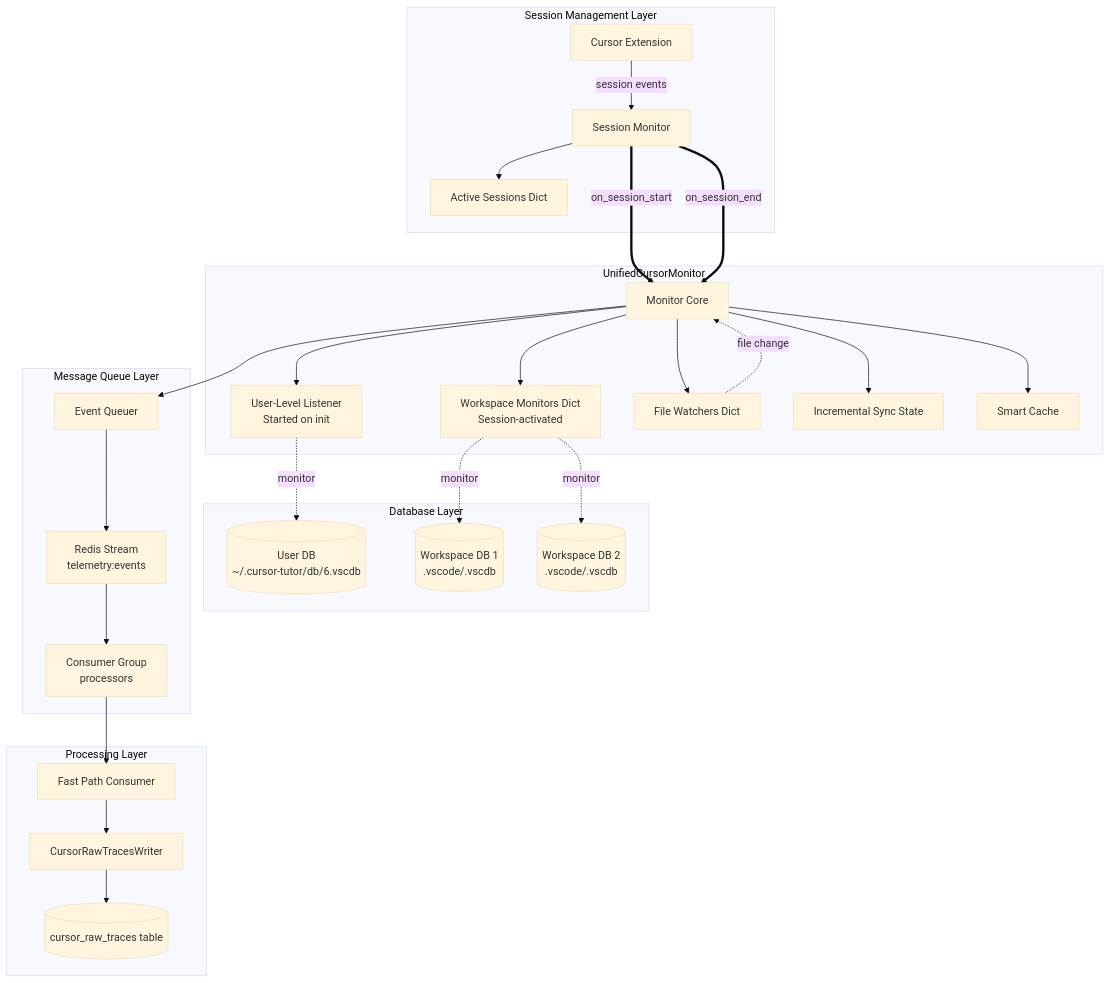
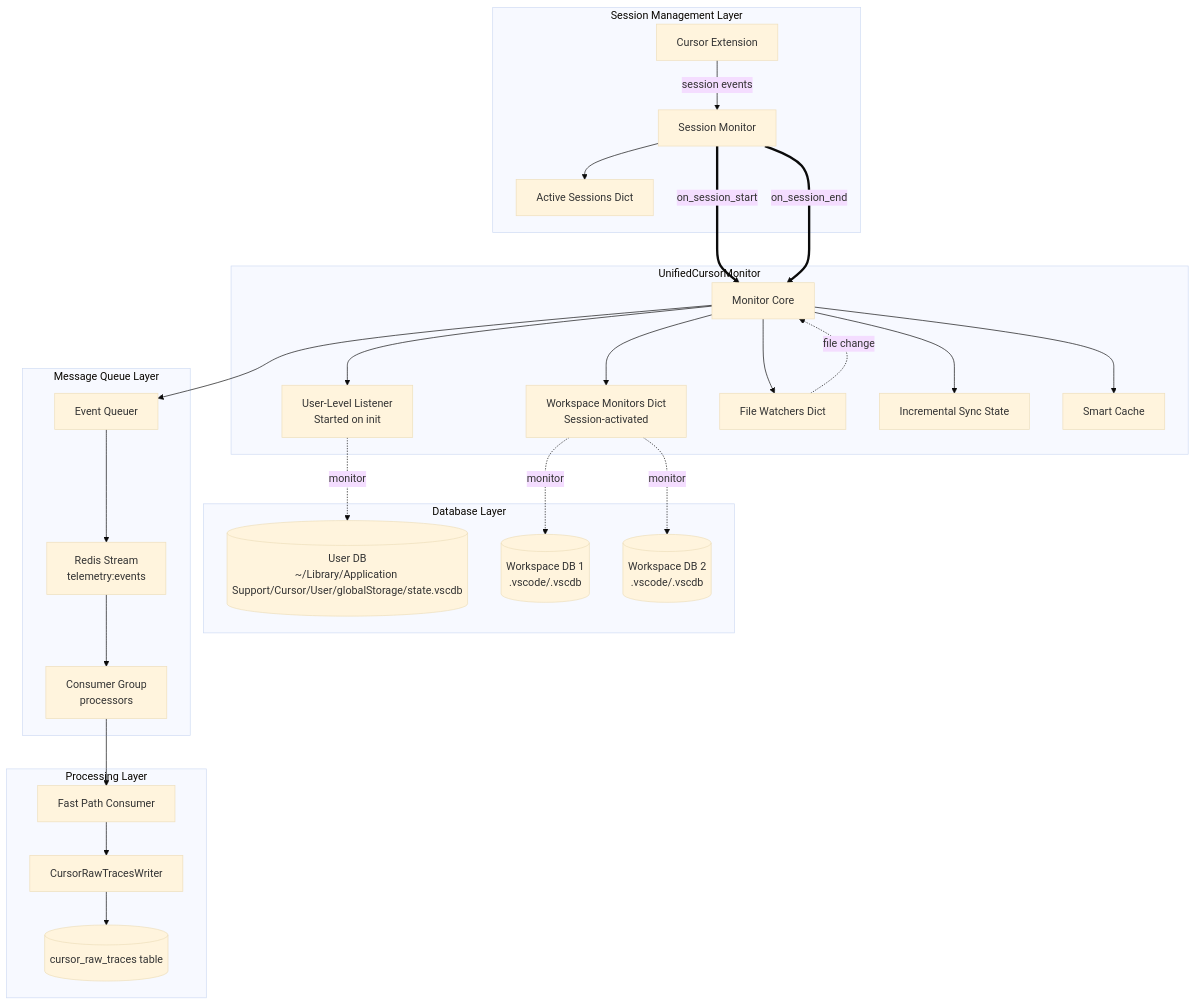
Before and after one commit to aculich/bp-telemetry-experimental: the first of 3 diagrams in docs/CURSOR_RAW_TRACES_CAPTURE.md, drawn with Mermaid (base theme). The commit also changed other lines of this file and 4 other files, not shown here.

````diff
--- a/docs/CURSOR_RAW_TRACES_CAPTURE.md
+++ b/docs/CURSOR_RAW_TRACES_CAPTURE.md
@@ -25,55 +25,55 @@
 ```mermaid
 graph TB
     subgraph "Session Management Layer"
         CE[Cursor Extension]
         SM[Session Monitor]
         AS[Active Sessions Dict]
         CE -->|session events| SM
         SM --> AS
     end
 
     subgraph "UnifiedCursorMonitor"
         UC[Monitor Core]
         UL[User-Level Listener<br/>Started on init]
         WM[Workspace Monitors Dict<br/>Session-activated]
         FW[File Watchers Dict]
         IS[Incremental Sync State]
         SC[Smart Cache]
         UC --> UL
         UC --> WM
         UC --> FW
         UC --> IS
         UC --> SC
     end
 
     subgraph "Database Layer"
-        UD[(User DB<br/>~/.cursor-tutor/db/6.vscdb)]
+        UD[(User DB<br/>~/Library/Application Support/Cursor/User/globalStorage/state.vscdb)]
         WD1[(Workspace DB 1<br/>.vscode/.vscdb)]
         WD2[(Workspace DB 2<br/>.vscode/.vscdb)]
         UL -.->|monitor| UD
         WM -.->|monitor| WD1
         WM -.->|monitor| WD2
     end
 
     subgraph "Message Queue Layer"
         EQ[Event Queuer]
         RQ[Redis Stream<br/>telemetry:events]
         CG[Consumer Group<br/>processors]
         UC --> EQ
         EQ --> RQ
         RQ --> CG
     end
 
     subgraph "Processing Layer"
         FP[Fast Path Consumer]
         CW[CursorRawTracesWriter]
         CRT[(cursor_raw_traces table)]
         CG --> FP
         FP --> CW
         CW --> CRT
     end
 
     SM ===>|on_session_start| UC
     SM ===>|on_session_end| UC
     FW -.->|file change| UC
 ```
````
